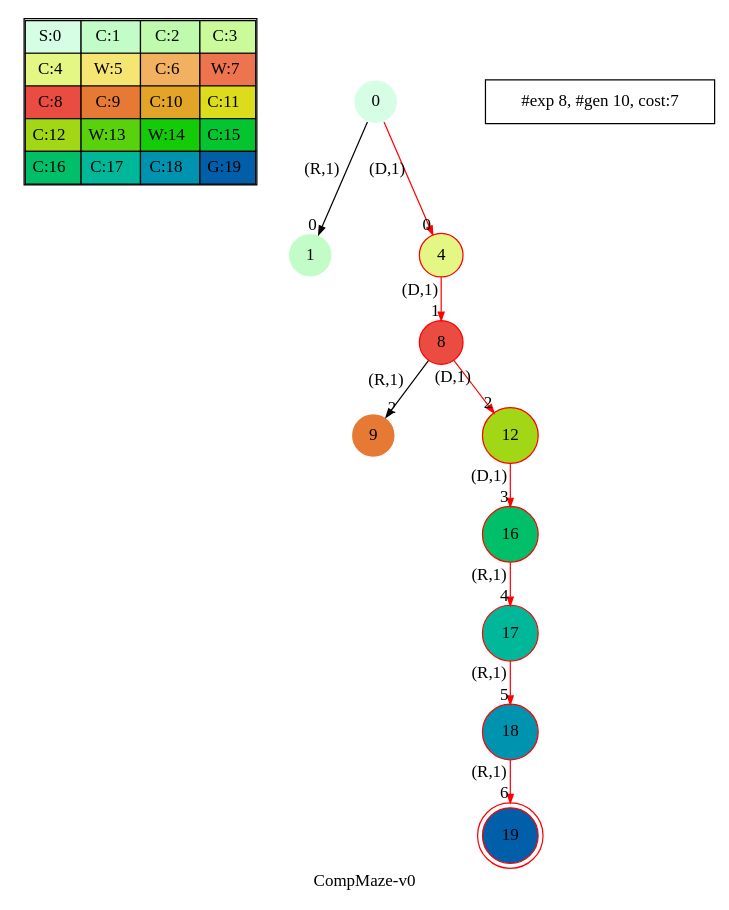
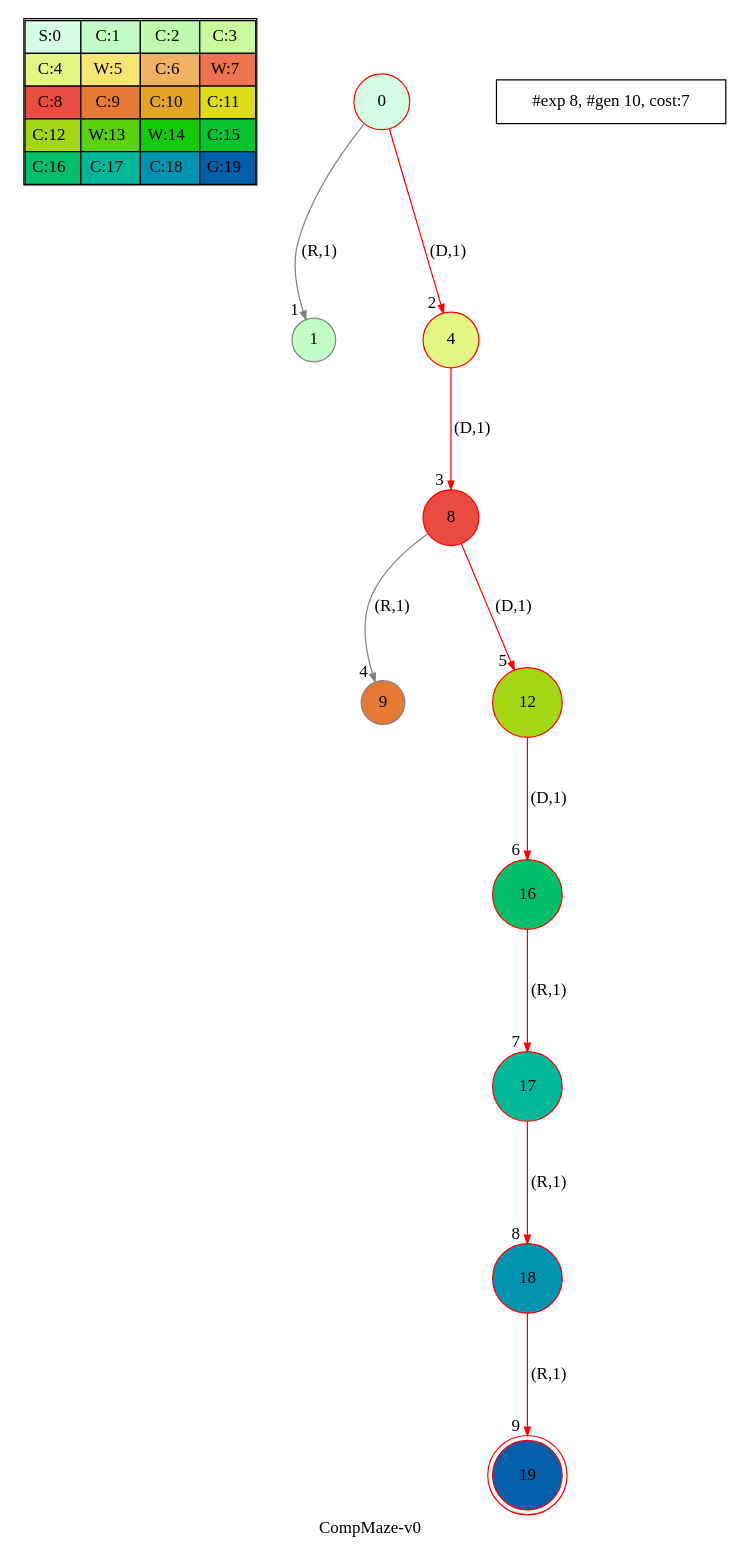
One commit to blasco991/AI changed the diagram in viz/artifacts/tsd/dot/CompMaze-v0_dfs.dot. Above: the diagram before and after it, drawn with Graphviz. The commit also changed 145 other files, not shown here.

```diff
--- a/viz/artifacts/tsd/dot/CompMaze-v0_dfs.dot
+++ b/viz/artifacts/tsd/dot/CompMaze-v0_dfs.dot
@@ -1,15 +1,13 @@
-digraph CompMaze { label="CompMaze-v0"
+digraph CompMaze { label="CompMaze-v0" nodesep=1 ranksep="1.2" node [shape=circle] edge [arrowsize=0.7] 
 subgraph MAP {label=Map;map [shape=plaintext label=<<table border="1" cellpadding="5" cellspacing="0" cellborder="1"><tr><td bgcolor="0.39803922 0.15947579 0.99679532 1.        ">S:0</td><td bgcolor="0.35098039 0.23194764 0.99315867 1.        ">C:1</td><td bgcolor="0.29607843 0.31486959 0.98720184 1.        ">C:2</td><td bgcolor="0.24901961 0.38410575 0.98063477 1.        ">C:3</td></tr><tr><td bgcolor="0.19411765 0.46220388 0.97128103 1.        ">C:4</td><td bgcolor="0.14705882 0.52643216 0.96182564 1.        ">W:5</td><td bgcolor="0.09215686 0.59770746 0.94913494 1.        ">C:6</td><td bgcolor="0.0372549  0.66454018 0.93467977 1.        ">W:7</td></tr><tr><td bgcolor="0.00980392 0.71791192 0.92090552 1.        ">C:8</td><td bgcolor="0.06470588 0.77520398 0.9032472  1.        ">C:9</td><td bgcolor="0.11176471 0.81974048 0.88677369 1.        ">C:10</td><td bgcolor="0.16666667 0.8660254  0.8660254  1.        ">C:11</td></tr><tr><td bgcolor="0.21372549 0.9005867  0.84695821 1.        ">C:12</td><td bgcolor="0.26862745 0.93467977 0.82325295 1.        ">W:13</td><td bgcolor="0.32352941 0.96182564 0.79801723 1.        ">W:14</td><td bgcolor="0.37058824 0.97940977 0.77520398 1.        ">C:15</td></tr><tr><td bgcolor="0.4254902  0.99315867 0.74725253 1.        ">C:16</td><td bgcolor="0.47254902 0.99907048 0.72218645 1.        ">C:17</td><td bgcolor="0.52745098 0.99907048 0.69169844 1.        ">C:18</td><td bgcolor="0.5745098  0.99315867 0.66454018 1.        ">G:19</td></tr></table>>]} 
-nodesep=1 ranksep=0.5 node [shape=circle] edge [arrowsize=0.7] 
-"0_0" [label=0 style=filled color=white  fillcolor="0.39803922 0.15947579 0.99679532 1.        "]; 
-"0_0.1-1" [label=1 style=filled color=white  fillcolor="0.35098039 0.23194764 0.99315867 1.        "];  "0_0" -> "0_0.1-1" [xlabel="(R,1)" headlabel=0]; 
-"0_0.4-3" [label=4 style=filled color=white  fillcolor="0.19411765 0.46220388 0.97128103 1.        "color=red ];   "0_0" -> "0_0.4-3" [xlabel="(D,1)" headlabel=0color=red ];  
-"0_0.4.8-3" [label=8 style=filled color=white  fillcolor="0.00980392 0.71791192 0.92090552 1.        "color=red ];   "0_0.4-3" -> "0_0.4.8-3" [xlabel="(D,1)" headlabel=1color=red ];  
-"0_0.4.8.9-1" [label=9 style=filled color=white  fillcolor="0.06470588 0.77520398 0.9032472  1.        "];  "0_0.4.8-3" -> "0_0.4.8.9-1" [xlabel="(R,1)" headlabel=2]; 
-"0_0.4.8.12-3" [label=12 style=filled color=white  fillcolor="0.21372549 0.9005867  0.84695821 1.        "color=red ];   "0_0.4.8-3" -> "0_0.4.8.12-3" [xlabel="(D,1)" headlabel=2color=red ];  
-"0_0.4.8.12.16-3" [label=16 style=filled color=white  fillcolor="0.4254902  0.99315867 0.74725253 1.        "color=red ];   "0_0.4.8.12-3" -> "0_0.4.8.12.16-3" [xlabel="(D,1)" headlabel=3color=red ];  
-"0_0.4.8.12.16.17-1" [label=17 style=filled color=white  fillcolor="0.47254902 0.99907048 0.72218645 1.        "color=red ];   "0_0.4.8.12.16-3" -> "0_0.4.8.12.16.17-1" [xlabel="(R,1)" headlabel=4color=red ];  
-"0_0.4.8.12.16.17.18-1" [label=18 style=filled color=white  fillcolor="0.52745098 0.99907048 0.69169844 1.        "color=red ];   "0_0.4.8.12.16.17-1" -> "0_0.4.8.12.16.17.18-1" [xlabel="(R,1)" headlabel=5color=red ];  
-"0_0.4.8.12.16.17.18.19-1" [label=19 style=filled color=red peripheries=2 fillcolor="0.5745098  0.99315867 0.66454018 1.        "color=red ];   "0_0.4.8.12.16.17.18-1" -> "0_0.4.8.12.16.17.18.19-1" [xlabel="(R,1)" headlabel=6color=red ];  
- "#exp 8, #gen 10, cost:7" [ shape=box ];
-}
+"0_0" [label=0 style=filled color=grey fillcolor="0.39803922 0.15947579 0.99679532 1.        " ];  
+"0_0" [label=" 0 " style=filled color=black color=red fillcolor="0.39803922 0.15947579 0.99679532 1.        " ];  "0_0.1-1" [label=1 style=filled color=grey fillcolor="0.35098039 0.23194764 0.99315867 1.        " ];   "0_0" -> "0_0.1-1" [label="(R,1)" headlabel=" 1 " color=grey ]; 
+"0_0.4-3" [label=4 style=filled color=grey color=red fillcolor="0.19411765 0.46220388 0.97128103 1.        " ];   "0_0" -> "0_0.4-3" [label="(D,1)" headlabel=" 2 " color=grey color=red ]; 
+"0_0.4-3" [label=" 4 " style=filled color=black color=red fillcolor="0.19411765 0.46220388 0.97128103 1.        " ];  "0_0.4.8-3" [label=8 style=filled color=grey color=red fillcolor="0.00980392 0.71791192 0.92090552 1.        " ];   "0_0.4-3" -> "0_0.4.8-3" [label="(D,1)" headlabel=" 3 " color=grey color=red ]; 
+"0_0.4.8-3" [label=" 8 " style=filled color=black color=red fillcolor="0.00980392 0.71791192 0.92090552 1.        " ];  "0_0.4.8.9-1" [label=9 style=filled color=grey fillcolor="0.06470588 0.77520398 0.9032472  1.        " ];   "0_0.4.8-3" -> "0_0.4.8.9-1" [label="(R,1)" headlabel=" 4 " color=grey ]; 
+"0_0.4.8.12-3" [label=12 style=filled color=grey color=red fillcolor="0.21372549 0.9005867  0.84695821 1.        " ];   "0_0.4.8-3" -> "0_0.4.8.12-3" [label="(D,1)" headlabel=" 5 " color=grey color=red ]; 
+"0_0.4.8.12-3" [label=" 12 " style=filled color=black color=red fillcolor="0.21372549 0.9005867  0.84695821 1.        " ];  "0_0.4.8.12.16-3" [label=16 style=filled color=grey color=red fillcolor="0.4254902  0.99315867 0.74725253 1.        " ];   "0_0.4.8.12-3" -> "0_0.4.8.12.16-3" [label="(D,1)" headlabel=" 6 " color=grey color=red ]; 
+"0_0.4.8.12.16-3" [label=" 16 " style=filled color=black color=red fillcolor="0.4254902  0.99315867 0.74725253 1.        " ];  "0_0.4.8.12.16.17-1" [label=17 style=filled color=grey color=red fillcolor="0.47254902 0.99907048 0.72218645 1.        " ];   "0_0.4.8.12.16-3" -> "0_0.4.8.12.16.17-1" [label="(R,1)" headlabel=" 7 " color=grey color=red ]; 
+"0_0.4.8.12.16.17-1" [label=" 17 " style=filled color=black color=red fillcolor="0.47254902 0.99907048 0.72218645 1.        " ];  "0_0.4.8.12.16.17.18-1" [label=18 style=filled color=grey color=red fillcolor="0.52745098 0.99907048 0.69169844 1.        " ];   "0_0.4.8.12.16.17-1" -> "0_0.4.8.12.16.17.18-1" [label="(R,1)" headlabel=" 8 " color=grey color=red ]; 
+"0_0.4.8.12.16.17.18-1" [label=" 18 " style=filled color=black color=red fillcolor="0.52745098 0.99907048 0.69169844 1.        " ];  "0_0.4.8.12.16.17.18.19-1" [label=" 19 " style=filled color=black color=red fillcolor="0.5745098  0.99315867 0.66454018 1.        " peripheries=2]; /*GOALSTATE*/  "0_0.4.8.12.16.17.18-1" -> "0_0.4.8.12.16.17.18.19-1" [label="(R,1)" headlabel=" 9 " color=grey color=red ];
+"#exp 8, #gen 10, cost:7" [ shape=box ]; }
```
